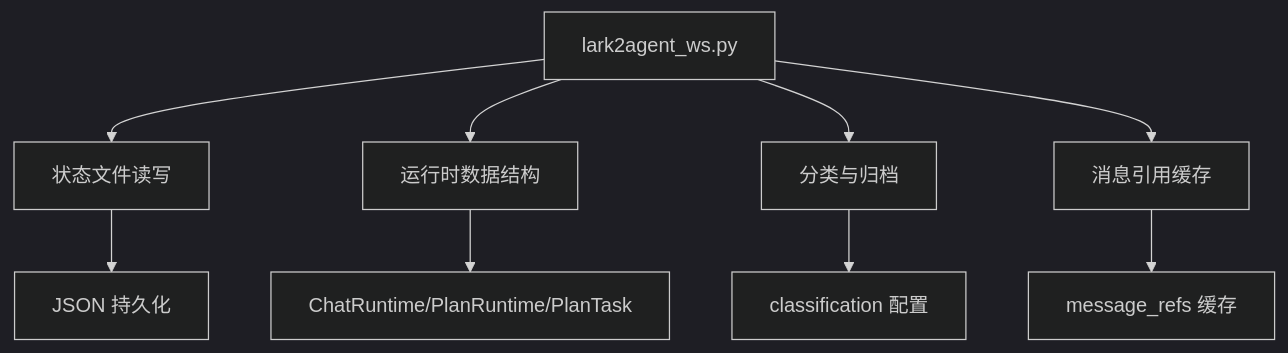
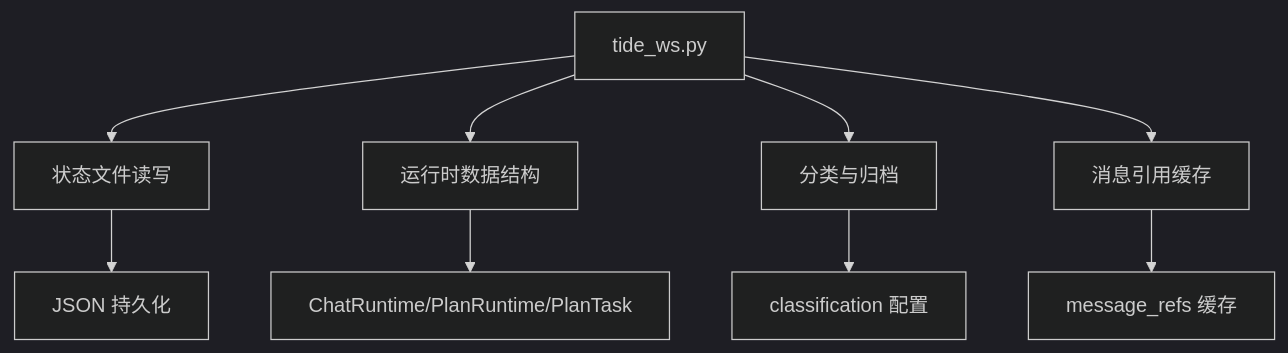
Before and after one commit to winditer/tide: the seventh of 7 diagrams in .qoder/repowiki/zh/content/配置和环境/状态文件管理.md, drawn with Mermaid (dark theme). The commit also changed other lines of this file and 260 other files, not shown here.

````diff
--- a/.qoder/repowiki/zh/content/配置和环境/状态文件管理.md
+++ b/.qoder/repowiki/zh/content/配置和环境/状态文件管理.md
@@ -362,11 +362,11 @@
 ```mermaid
 graph TB
-A["lark2agent_ws.py"] --> B["状态文件读写"]
+A["tide_ws.py"] --> B["状态文件读写"]
 A --> C["运行时数据结构"]
 A --> D["分类与归档"]
 A --> E["消息引用缓存"]
 B --> F["JSON 持久化"]
 C --> G["ChatRuntime/PlanRuntime/PlanTask"]
 D --> H["classification 配置"]
 E --> I["message_refs 缓存"]
 ```
````
